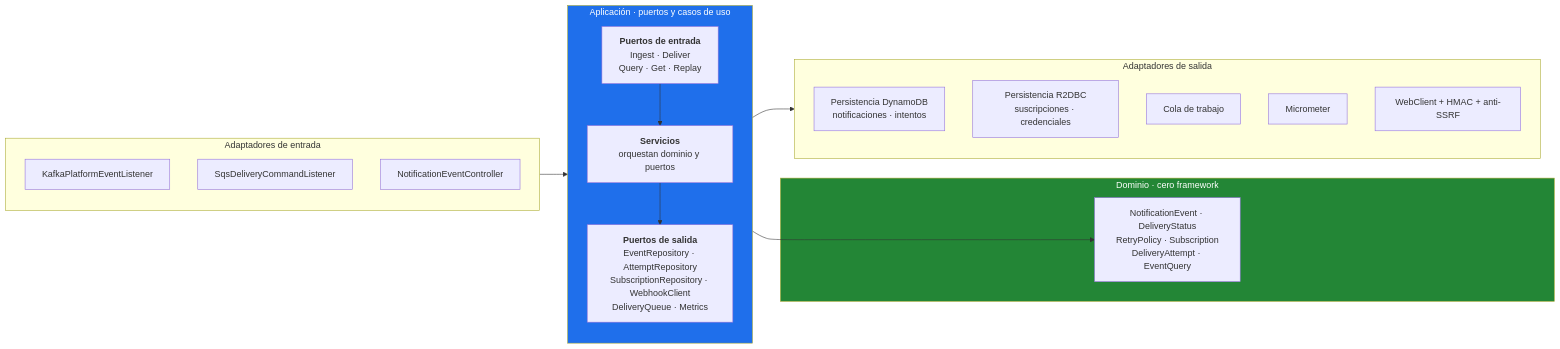
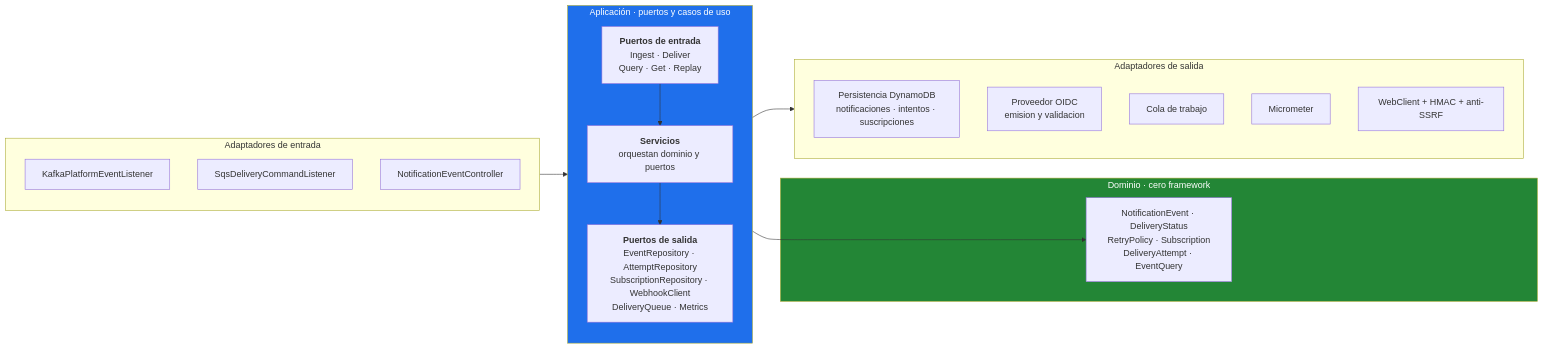
Before and after one commit to ssalaza7/cobre-notification-delivery: the third of 6 diagrams in docs/01-diseno-del-sistema.md, drawn with Mermaid. The commit also changed other lines of this file and 44 other files, not shown here.

````diff
--- a/docs/01-diseno-del-sistema.md
+++ b/docs/01-diseno-del-sistema.md
@@ -147,35 +149,35 @@
 ```mermaid
 flowchart LR
     subgraph in["Adaptadores de entrada"]
         msg1["KafkaPlatformEventListener"]
         msg2["SqsDeliveryCommandListener"]
         rest["NotificationEventController"]
     end
 
     subgraph app["Aplicación · puertos y casos de uso"]
         direction TB
         pin["<b>Puertos de entrada</b><br/>Ingest · Deliver<br/>Query · Get · Replay"]
         uc["<b>Servicios</b><br/>orquestan dominio y puertos"]
         pout["<b>Puertos de salida</b><br/>EventRepository · AttemptRepository<br/>SubscriptionRepository · WebhookClient<br/>DeliveryQueue · Metrics"]
         pin --> uc --> pout
     end
 
     subgraph dom["Dominio · cero framework"]
         model["NotificationEvent · DeliveryStatus<br/>RetryPolicy · Subscription<br/>DeliveryAttempt · EventQuery"]
     end
 
     subgraph out["Adaptadores de salida"]
-        ddb["Persistencia DynamoDB<br/>notificaciones · intentos"]
-        sql["Persistencia R2DBC<br/>suscripciones · credenciales"]
+        ddb["Persistencia DynamoDB<br/>notificaciones · intentos · suscripciones"]
+        idp["Proveedor OIDC<br/>emision y validacion"]
         mq["Cola de trabajo"]
         met["Micrometer"]
         web["WebClient + HMAC + anti-SSRF"]
     end
 
     in --> pin
     uc --> model
     pout --> out
 
     style dom fill:#238636,color:#fff
     style app fill:#1f6feb,color:#fff
 ```
````
